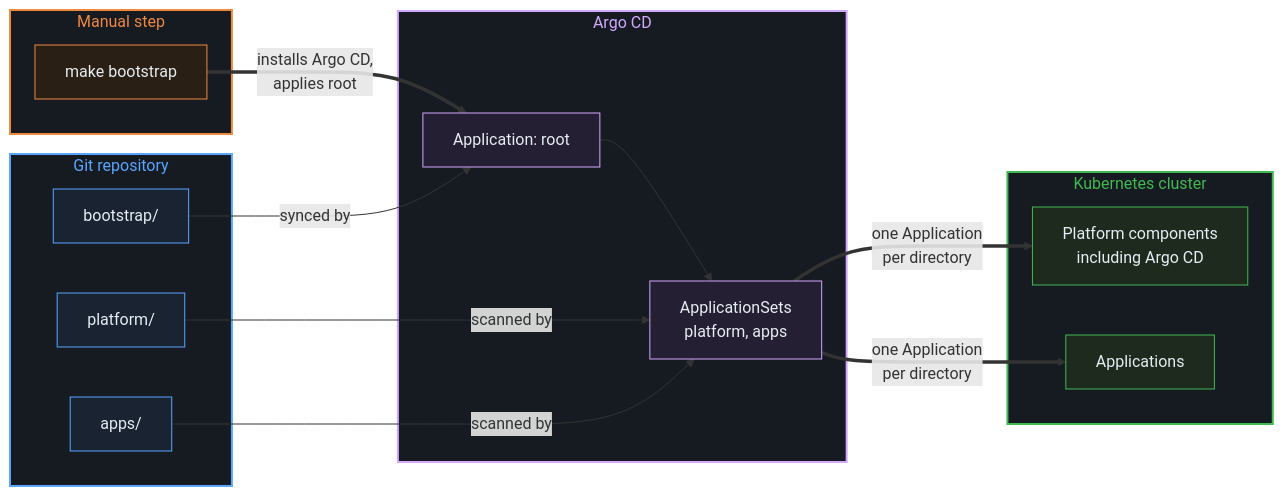
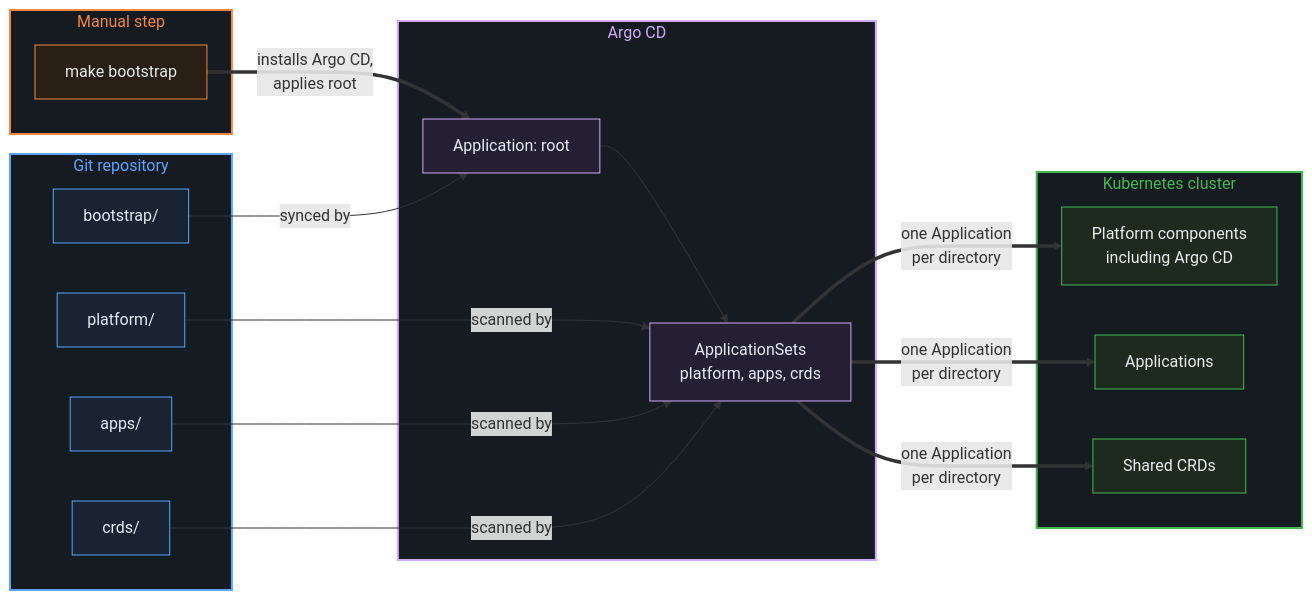
The first of 2 diagrams in docs/architecture/gitops.md (Karlzzon/homeport), drawn with Mermaid before and after one commit. The commit also changed other lines of this file and 6 other files, not shown here.

Commit message:
feat: add crds ApplicationSet and Gateway API CRDs

````diff
--- a/docs/architecture/gitops.md
+++ b/docs/architecture/gitops.md
@@ -7,43 +7,49 @@
 ```mermaid
 flowchart LR
     subgraph manual["Manual step"]
         bootstrap["make bootstrap"]
     end
 
     subgraph repo["Git repository"]
         bootstrapdir["bootstrap/"]
         platformdir["platform/"]
         appsdir["apps/"]
+        crdsdir["crds/"]
     end
 
     subgraph argocd["Argo CD"]
         root["Application: root"]
-        appsets["ApplicationSets<br/>platform, apps"]
+        appsets["ApplicationSets<br/>platform, apps, crds"]
     end
 
     subgraph cluster["Kubernetes cluster"]
         platformres["Platform components<br/>including Argo CD"]
         appres["Applications"]
+        crdres["Shared CRDs"]
     end
 
     bootstrap ==>|"installs Argo CD,<br/>applies root"| root
     bootstrapdir -->|"synced by"| root
     root --> appsets
     platformdir -->|"scanned by"| appsets
     appsdir -->|"scanned by"| appsets
+    crdsdir -->|"scanned by"| appsets
     appsets ==>|"one Application<br/>per directory"| platformres
     appsets ==>|"one Application<br/>per directory"| appres
+    appsets ==>|"one Application<br/>per directory"| crdres
 
     style manual fill:#161b22,stroke:#f0883e,color:#f0883e,stroke-width:2px
     style repo fill:#161b22,stroke:#58a6ff,color:#58a6ff,stroke-width:2px
     style argocd fill:#161b22,stroke:#d2a8ff,color:#d2a8ff,stroke-width:2px
     style cluster fill:#161b22,stroke:#3fb950,color:#3fb950,stroke-width:2px
     style bootstrap fill:#2a1f14,stroke:#f0883e,color:#e6edf3
     style bootstrapdir fill:#1a2332,stroke:#58a6ff,color:#e6edf3
     style platformdir fill:#1a2332,stroke:#58a6ff,color:#e6edf3
     style appsdir fill:#1a2332,stroke:#58a6ff,color:#e6edf3
+    style crdsdir fill:#1a2332,stroke:#58a6ff,color:#e6edf3
     style root fill:#241f33,stroke:#d2a8ff,color:#e6edf3
     style appsets fill:#241f33,stroke:#d2a8ff,color:#e6edf3
     style platformres fill:#1f2a1f,stroke:#3fb950,color:#e6edf3
     style appres fill:#1f2a1f,stroke:#3fb950,color:#e6edf3
+    style crdres fill:#1f2a1f,stroke:#3fb950,color:#e6edf3
 ```
````
